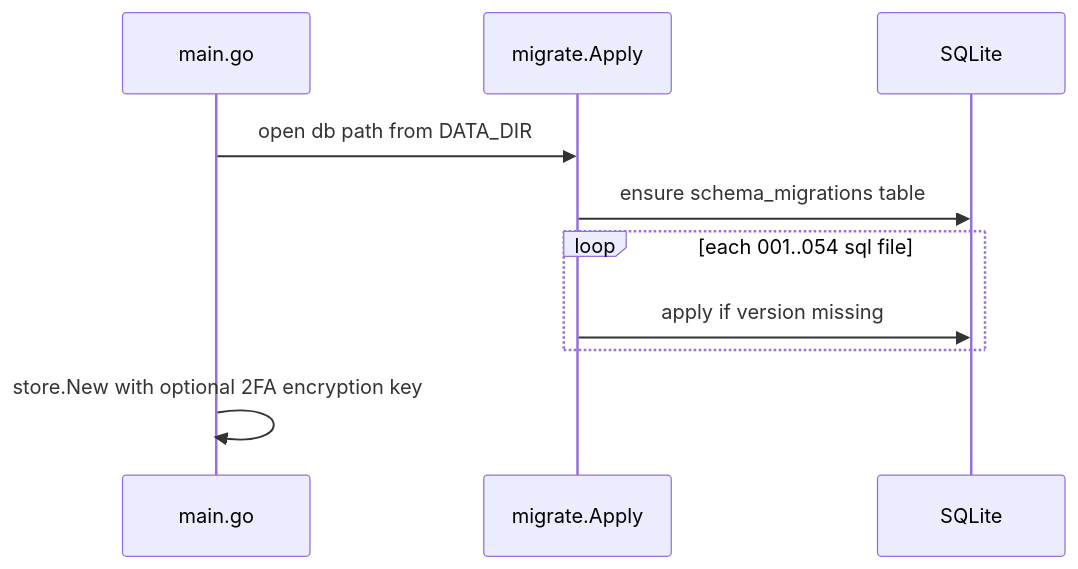
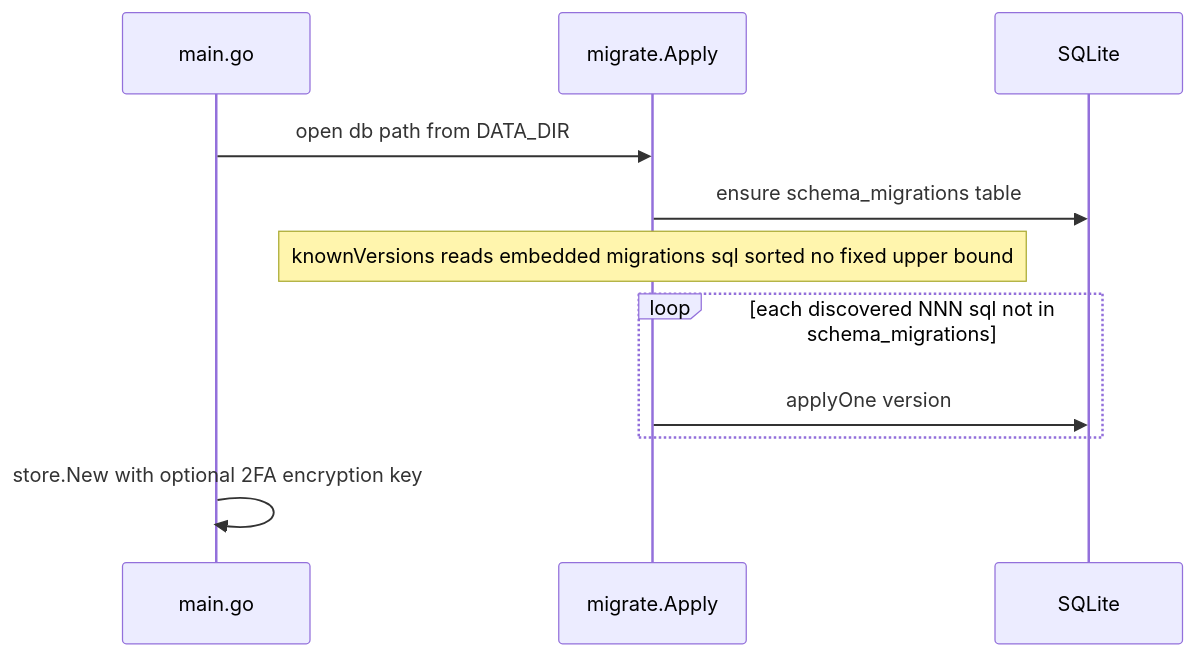
One commit to bhardwajRahul/scrumboy changed the second of 2 diagrams in docs/diagrams/scrumboy_data_model.md. Above: the diagram before and after it, drawn with Mermaid. The commit also changed other lines of this file and 38 other files, not shown here.

````diff
--- a/docs/diagrams/scrumboy_data_model.md
+++ b/docs/diagrams/scrumboy_data_model.md
@@ -28,13 +38,14 @@
 ```mermaid
 sequenceDiagram
   participant Main as main.go
   participant Mig as migrate.Apply
   participant DB as SQLite
 
   Main->>Mig: open db path from DATA_DIR
   Mig->>DB: ensure schema_migrations table
-  loop each 001..054 sql file
-    Mig->>DB: apply if version missing
+  Note over Mig: knownVersions reads embedded migrations sql sorted no fixed upper bound
+  loop each discovered NNN sql not in schema_migrations
+    Mig->>DB: applyOne version
   end
   Main->>Main: store.New with optional 2FA encryption key
 ```
````
